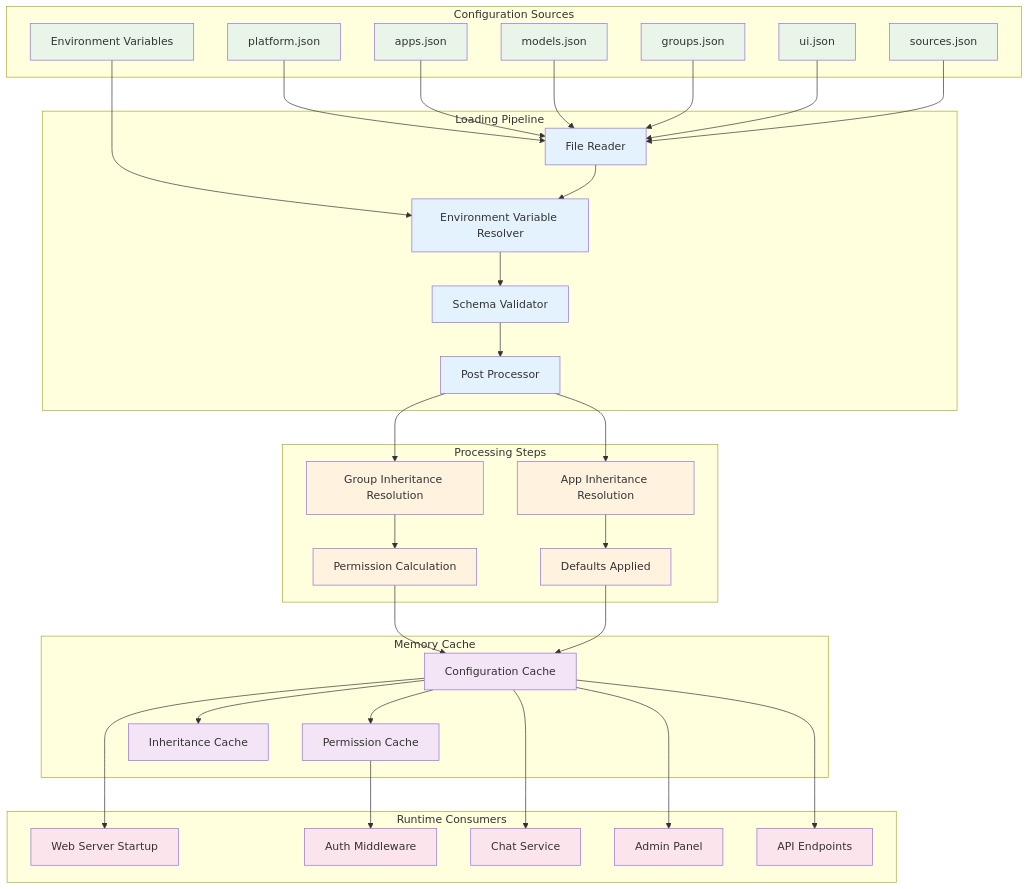
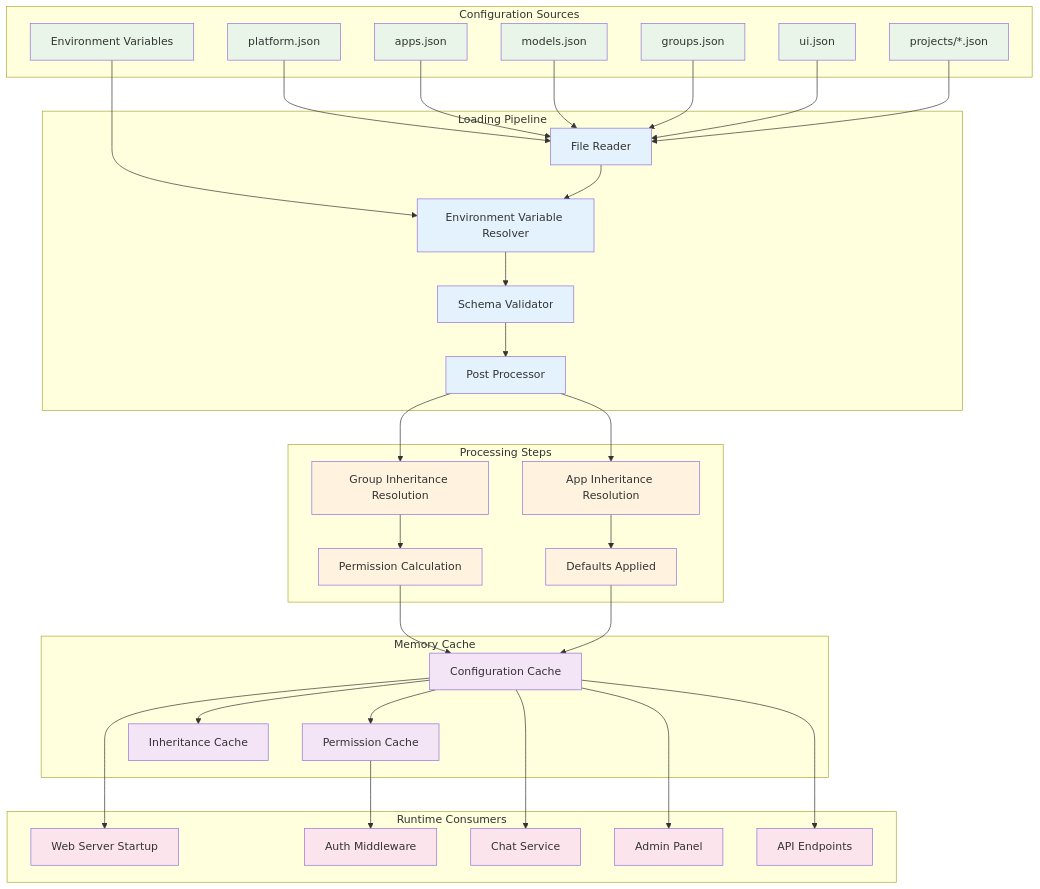
One commit to intrafind/ihub-apps changed diagram 20 of 22 in docs/diagrams.md. Above: the diagram before and after it, drawn with Mermaid. The commit also changed other lines of this file and 15 other files, not shown here.

````diff
--- a/docs/diagrams.md
+++ b/docs/diagrams.md
@@ -1375,80 +1375,80 @@
 ```mermaid
 flowchart TD
     subgraph "Configuration Sources"
         PlatformJSON[platform.json]
         AppsJSON[apps.json]
         ModelsJSON[models.json]
         GroupsJSON[groups.json]
         UIJSON[ui.json]
-        SourcesJSON[sources.json]
+        SourcesJSON[projects/*.json]
         EnvVars[Environment Variables]
     end
     
     subgraph "Loading Pipeline"
         FileReader[File Reader]
         EnvResolver[Environment Variable Resolver]
         Validator[Schema Validator]
         PostProcessor[Post Processor]
     end
     
     subgraph "Processing Steps"
         GroupInheritance[Group Inheritance Resolution]
         AppInheritance[App Inheritance Resolution]
         PermissionCalc[Permission Calculation]
         DefaultsApplied[Defaults Applied]
     end
     
     subgraph "Memory Cache"
         ConfigCache[Configuration Cache]
         PermissionCache[Permission Cache]
         InheritanceCache[Inheritance Cache]
     end
     
     subgraph "Runtime Consumers"
         WebServer[Web Server Startup]
         AuthMiddleware[Auth Middleware]
         ChatService[Chat Service]
         AdminPanel[Admin Panel]
         APIEndpoints[API Endpoints]
     end
     
     PlatformJSON --> FileReader
     AppsJSON --> FileReader
     ModelsJSON --> FileReader
     GroupsJSON --> FileReader
     UIJSON --> FileReader
     SourcesJSON --> FileReader
     EnvVars --> EnvResolver
     
     FileReader --> EnvResolver
     EnvResolver --> Validator
     Validator --> PostProcessor
     
     PostProcessor --> GroupInheritance
     PostProcessor --> AppInheritance
     GroupInheritance --> PermissionCalc
     AppInheritance --> DefaultsApplied
     
     PermissionCalc --> ConfigCache
     DefaultsApplied --> ConfigCache
     ConfigCache --> PermissionCache
     ConfigCache --> InheritanceCache
     
     ConfigCache --> WebServer
     PermissionCache --> AuthMiddleware
     ConfigCache --> ChatService
     ConfigCache --> AdminPanel
     ConfigCache --> APIEndpoints
     
     classDef source fill:#e8f5e8
     classDef pipeline fill:#e3f2fd
     classDef processing fill:#fff3e0
     classDef cache fill:#f3e5f5
     classDef consumers fill:#fce4ec
     
     class PlatformJSON,AppsJSON,ModelsJSON,GroupsJSON,UIJSON,SourcesJSON,EnvVars source
     class FileReader,EnvResolver,Validator,PostProcessor pipeline
     class GroupInheritance,AppInheritance,PermissionCalc,DefaultsApplied processing
     class ConfigCache,PermissionCache,InheritanceCache cache
     class WebServer,AuthMiddleware,ChatService,AdminPanel,APIEndpoints consumers
 ```
````
